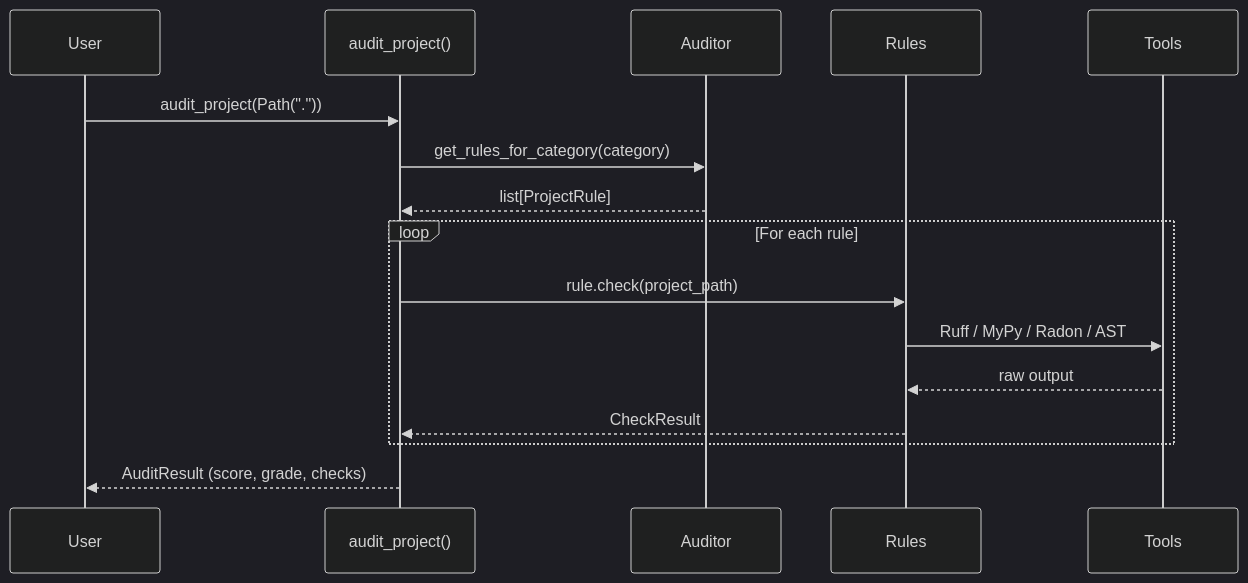
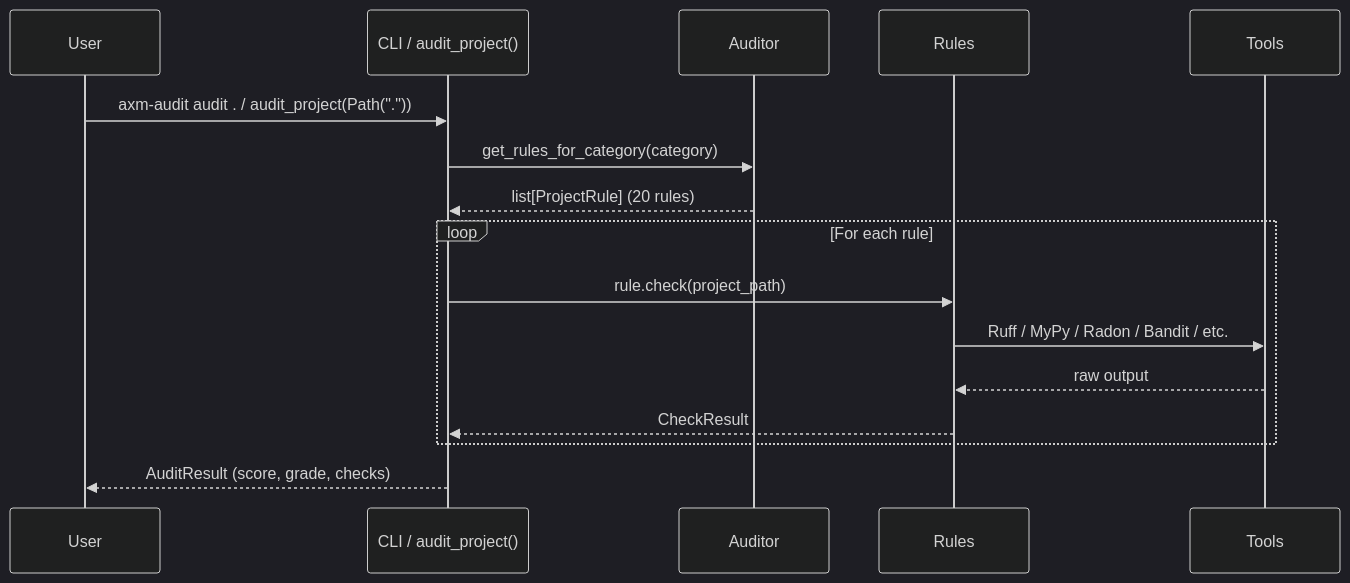
The second of 2 diagrams in docs/explanation/architecture.md (axm-protocols/axm-audit), drawn with Mermaid (dark theme) before and after one commit. The commit also changed other lines of this file and 12 other files, not shown here.

````diff
--- a/docs/explanation/architecture.md
+++ b/docs/explanation/architecture.md
@@ -97,19 +148,19 @@
 ```mermaid
 sequenceDiagram
     participant User
-    participant API as audit_project()
+    participant CLI as CLI / audit_project()
     participant Auditor
     participant Rules
     participant Tools
 
-    User->>API: audit_project(Path("."))
-    API->>Auditor: get_rules_for_category(category)
-    Auditor-->>API: list[ProjectRule]
+    User->>CLI: axm-audit audit . / audit_project(Path("."))
+    CLI->>Auditor: get_rules_for_category(category)
+    Auditor-->>CLI: list[ProjectRule] (20 rules)
     loop For each rule
-        API->>Rules: rule.check(project_path)
-        Rules->>Tools: Ruff / MyPy / Radon / AST
+        CLI->>Rules: rule.check(project_path)
+        Rules->>Tools: Ruff / MyPy / Radon / Bandit / etc.
         Tools-->>Rules: raw output
-        Rules-->>API: CheckResult
+        Rules-->>CLI: CheckResult
     end
-    API-->>User: AuditResult (score, grade, checks)
+    CLI-->>User: AuditResult (score, grade, checks)
 ```
````
